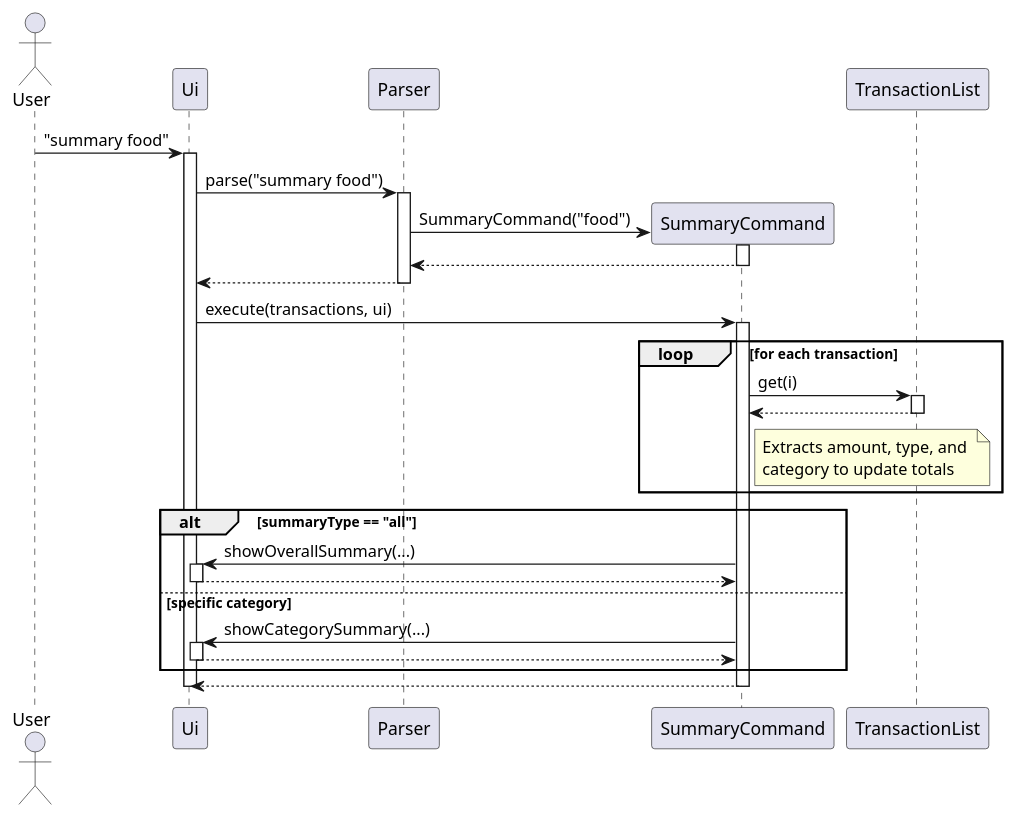
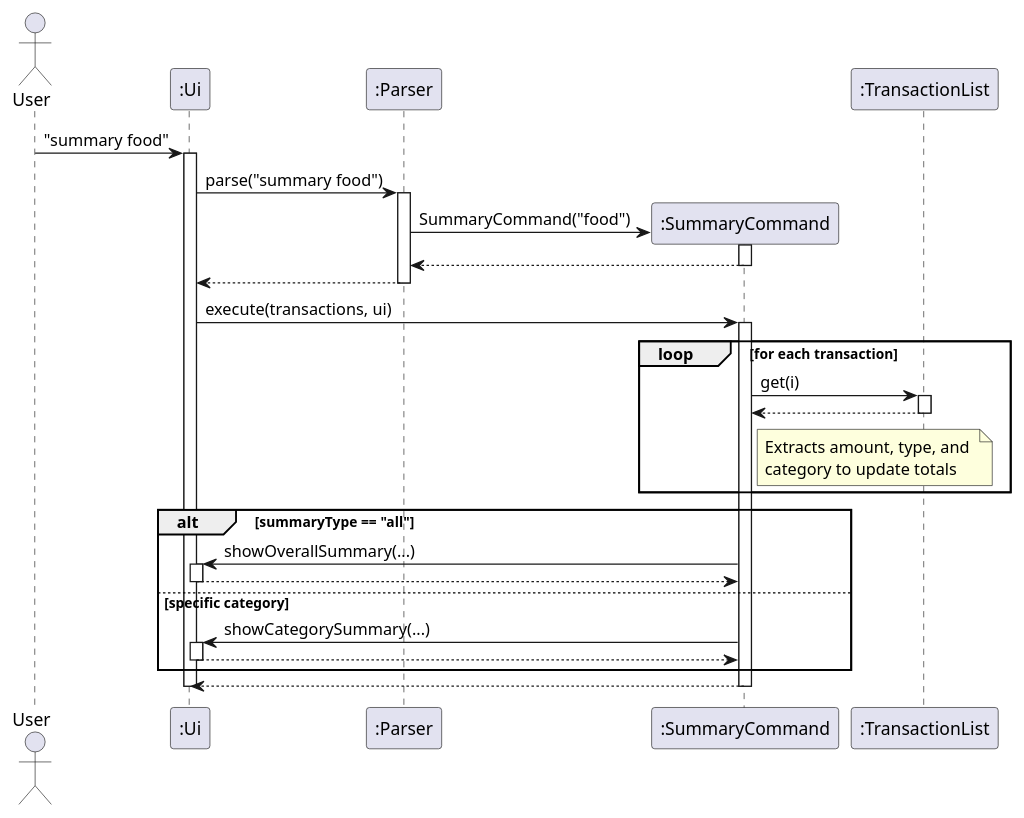
One commit to SeanChng/tp changed the diagram in docs/diagrams/SummarySequenceDiagram.puml. Above: the diagram before and after it, drawn with PlantUML. The commit also changed 15 other files, not shown here.

Commit message:
Add semicolon to all objects in sequence diagram

```diff
--- a/docs/diagrams/SummarySequenceDiagram.puml
+++ b/docs/diagrams/SummarySequenceDiagram.puml
@@ -1,51 +1,51 @@
 @startuml
 
 actor User
-participant Ui
-participant Parser
-participant SummaryCommand
-participant TransactionList
+participant ":Ui" as Ui
+participant ":Parser" as Parser
+participant ":SummaryCommand" as SummaryCommand
+participant ":TransactionList" as TransactionList
 
 User -> Ui : "summary food"
 activate Ui
 
 Ui -> Parser : parse("summary food")
 activate Parser
 
 create SummaryCommand
 Parser -> SummaryCommand : SummaryCommand("food")
 activate SummaryCommand
 SummaryCommand --> Parser
 deactivate SummaryCommand
 
 Parser --> Ui
 deactivate Parser
 
 Ui -> SummaryCommand : execute(transactions, ui)
 activate SummaryCommand
 
 loop for each transaction
     SummaryCommand -> TransactionList : get(i)
     activate TransactionList
     TransactionList --> SummaryCommand
     deactivate TransactionList
 
     note right of SummaryCommand: Extracts amount, type, and \ncategory to update totals
 end
 
 alt summaryType == "all"
     SummaryCommand -> Ui : showOverallSummary(...)
     activate Ui
     Ui --> SummaryCommand
     deactivate Ui
 else specific category
     SummaryCommand -> Ui : showCategorySummary(...)
     activate Ui
     Ui --> SummaryCommand
     deactivate Ui
 end
 
 SummaryCommand --> Ui
 deactivate SummaryCommand
 deactivate Ui
 @enduml
```
